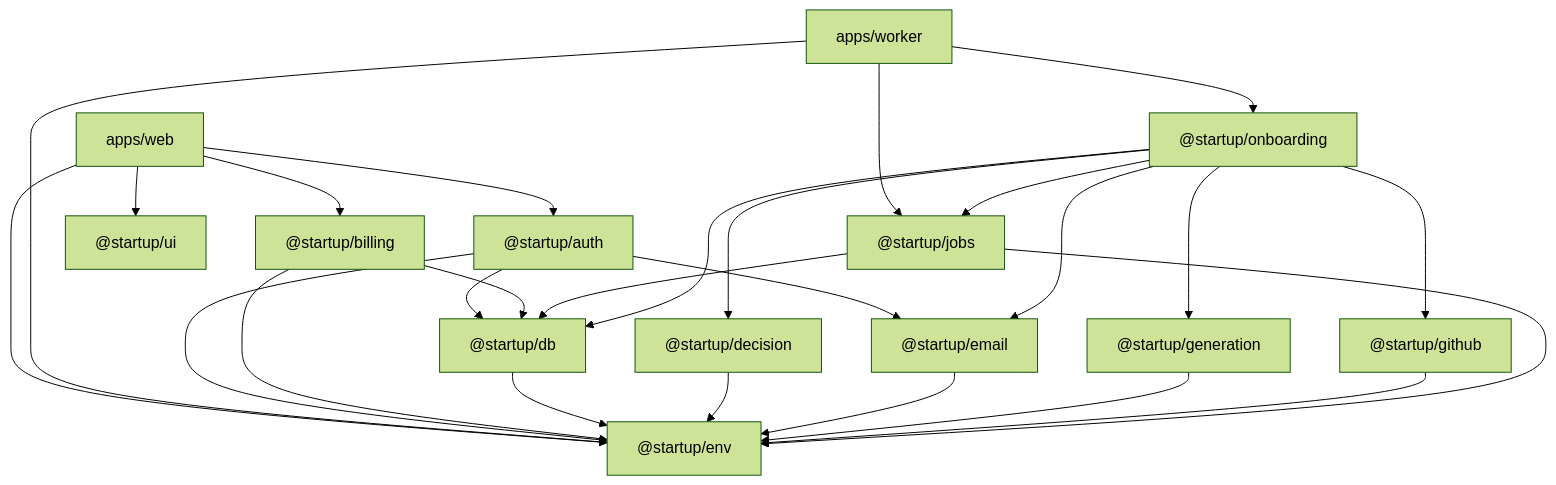
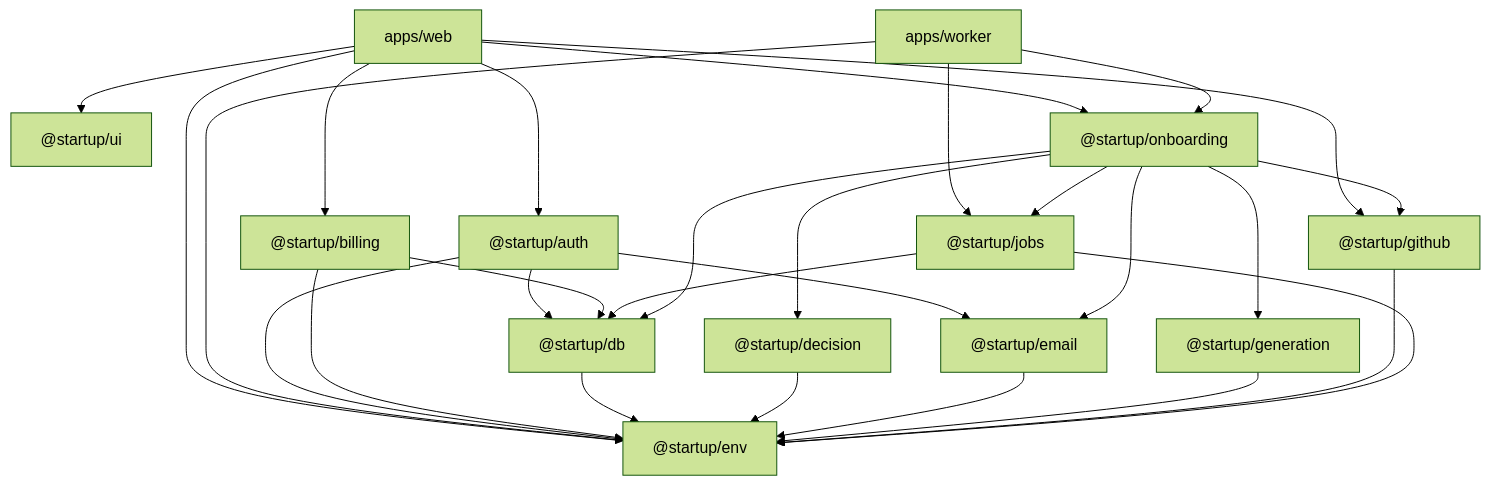
Before and after one commit to allen-padilla/repo-onboarding: the diagram in docs/architecture/package-boundaries.md, drawn with Mermaid (forest theme). The commit also changed other lines of this file and 45 other files, not shown here.

````diff
--- a/docs/architecture/package-boundaries.md
+++ b/docs/architecture/package-boundaries.md
@@ -34,42 +34,44 @@
 ```mermaid
 flowchart TD
   web["apps/web"]
   worker["apps/worker"]
   auth["@startup/auth"]
   billing["@startup/billing"]
   ui["@startup/ui"]
   db["@startup/db"]
   decision["@startup/decision"]
   email["@startup/email"]
   env["@startup/env"]
   generation["@startup/generation"]
   github["@startup/github"]
   jobs["@startup/jobs"]
   onboarding["@startup/onboarding"]
 
   web --> auth
   web --> billing
   web --> ui
   web --> env
+  web --> github
+  web --> onboarding
   worker --> env
   worker --> jobs
   worker --> onboarding
   auth --> db
   auth --> email
   auth --> env
   billing --> db
   billing --> env
   db --> env
   decision --> env
   email --> env
   generation --> env
   github --> env
   jobs --> db
   jobs --> env
   onboarding --> db
   onboarding --> decision
   onboarding --> email
   onboarding --> generation
   onboarding --> github
   onboarding --> jobs
 ```
````
